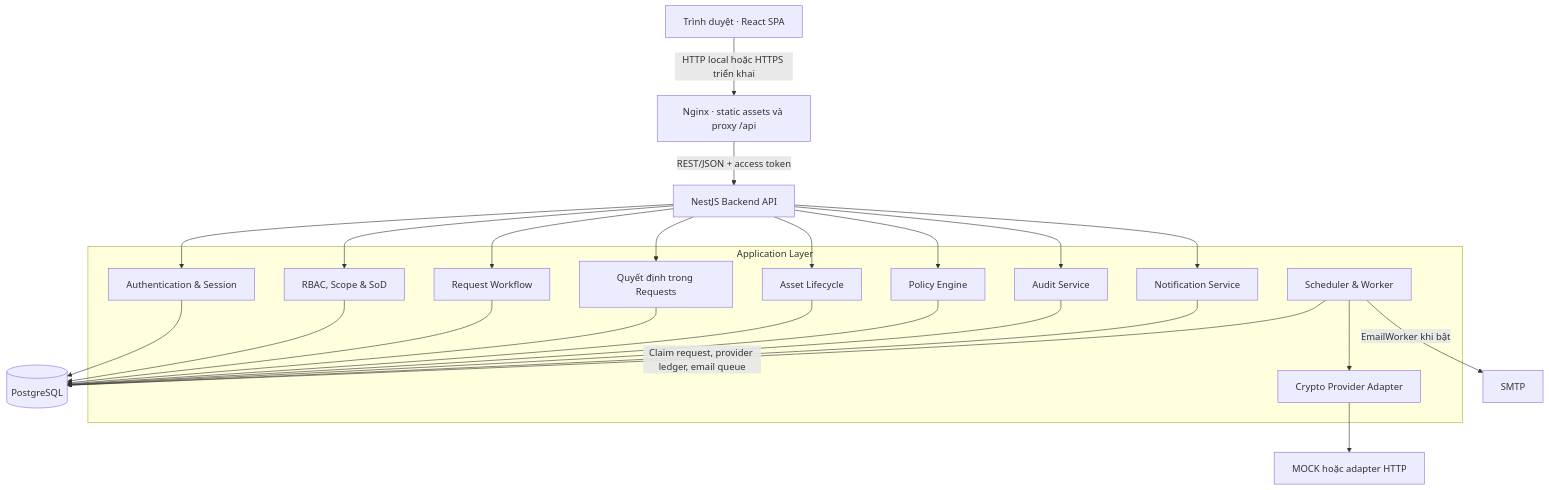
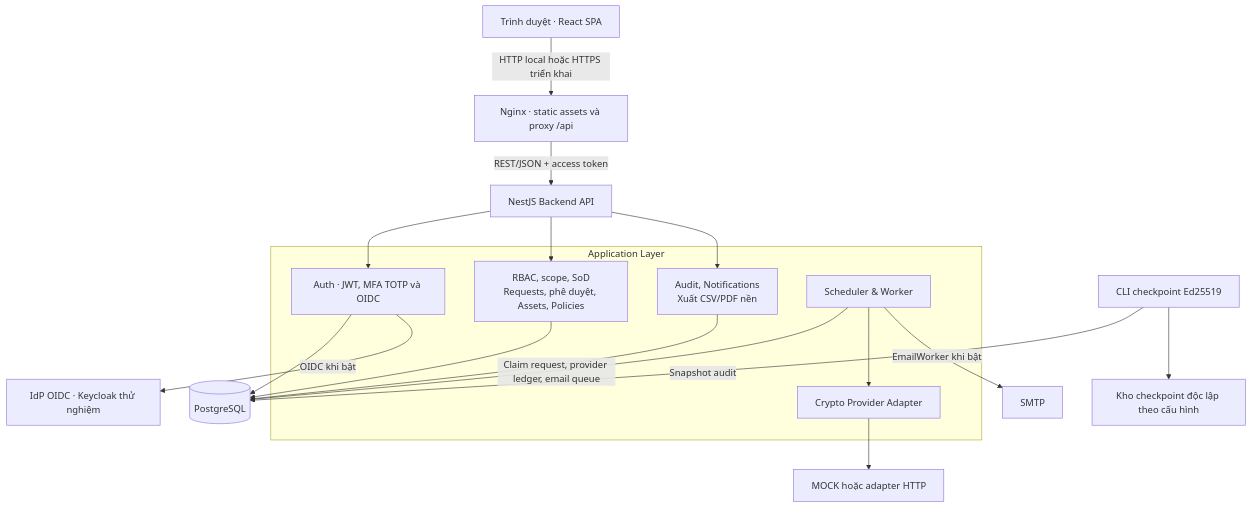
One commit to Eyblcat12/Cryta changed the second of 7 diagrams in 02_so_do_he_thong_tong_quat.md. Above: the diagram before and after it, drawn with Mermaid. The commit also changed other lines of this file and 11 other files, not shown here.

Commit message:
docs(handoff): refresh demo and architecture for schema 027

````diff
--- a/02_so_do_he_thong_tong_quat.md
+++ b/02_so_do_he_thong_tong_quat.md
@@ -38,41 +38,29 @@
 ```mermaid
 flowchart TB
     B["Trình duyệt · React SPA"] -->|"HTTP local hoặc HTTPS triển khai"| FE["Nginx · static assets và proxy /api"]
     FE -->|"REST/JSON + access token"| API["NestJS Backend API"]
 
     subgraph APP["Application Layer"]
-        AUTH["Authentication & Session"]
-        IAM["RBAC, Scope & SoD"]
-        REQ["Request Workflow"]
-        APR["Quyết định trong Requests"]
-        ASSET["Asset Lifecycle"]
-        POLICY["Policy Engine"]
-        AUDIT["Audit Service"]
-        NOTI["Notification Service"]
+        AUTH["Auth · JWT, MFA TOTP và OIDC"]
+        DOMAIN["RBAC, scope, SoD<br/>Requests, phê duyệt, Assets, Policies"]
+        OPS["Audit, Notifications<br/>Xuất CSV/PDF nền"]
         JOB["Scheduler & Worker"]
         ADAPTER["Crypto Provider Adapter"]
     end
 
     API --> AUTH
-    API --> IAM
-    API --> REQ
-    API --> APR
-    API --> ASSET
-    API --> POLICY
-    API --> AUDIT
-    API --> NOTI
+    API --> DOMAIN
+    API --> OPS
 
     AUTH --> DB[("PostgreSQL")]
-    IAM --> DB
-    REQ --> DB
-    APR --> DB
-    ASSET --> DB
-    POLICY --> DB
-    AUDIT --> DB
-    NOTI --> DB
+    DOMAIN --> DB
+    OPS --> DB
+    AUTH -->|"OIDC khi bật"| IDP["IdP OIDC · Keycloak thử nghiệm"]
 
     JOB -->|"Claim request, provider ledger, email queue"| DB
     JOB --> ADAPTER
     ADAPTER --> PROVIDER["MOCK hoặc adapter HTTP"]
     JOB -->|"EmailWorker khi bật"| MAIL["SMTP"]
+    CHECKPOINT["CLI checkpoint Ed25519"] -->|"Snapshot audit"| DB
+    CHECKPOINT --> CHECKPOINT_STORE["Kho checkpoint độc lập theo cấu hình"]
 ```
````
